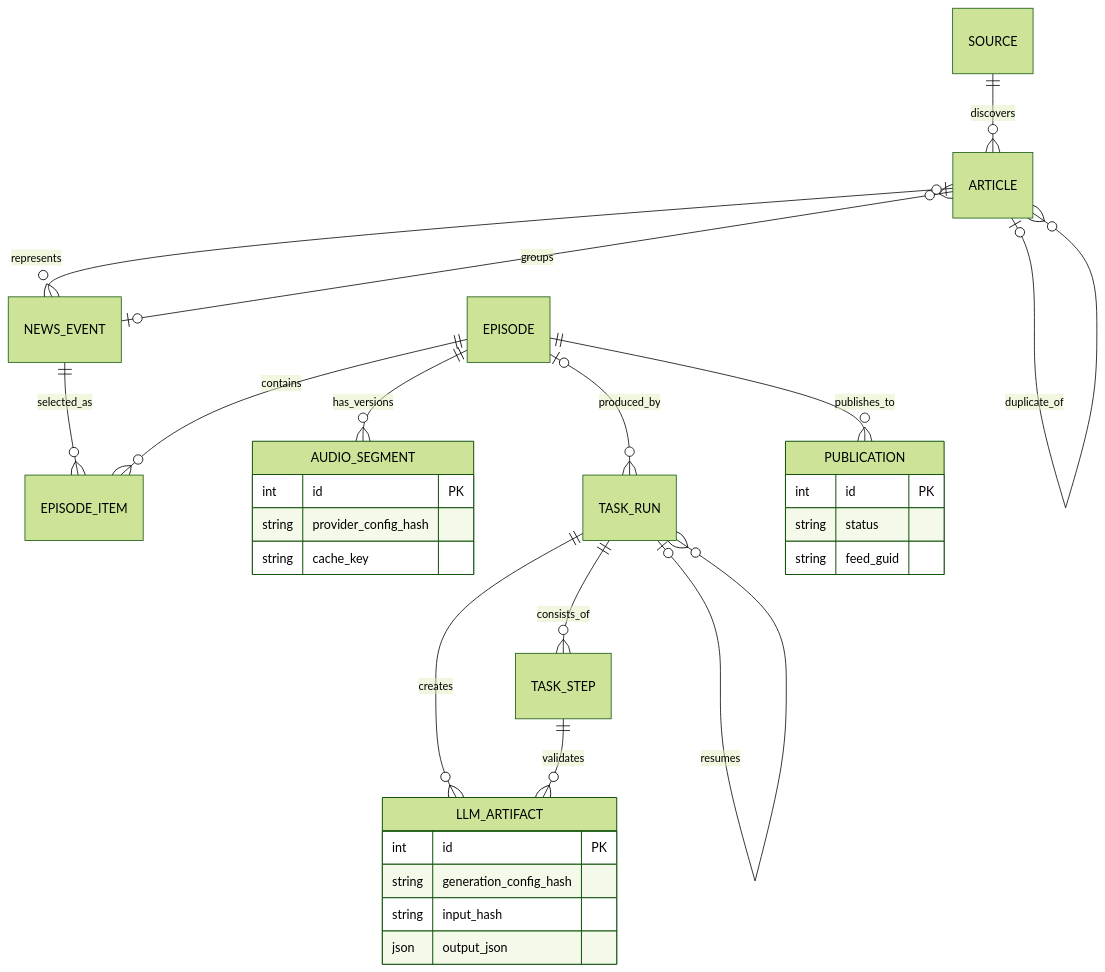
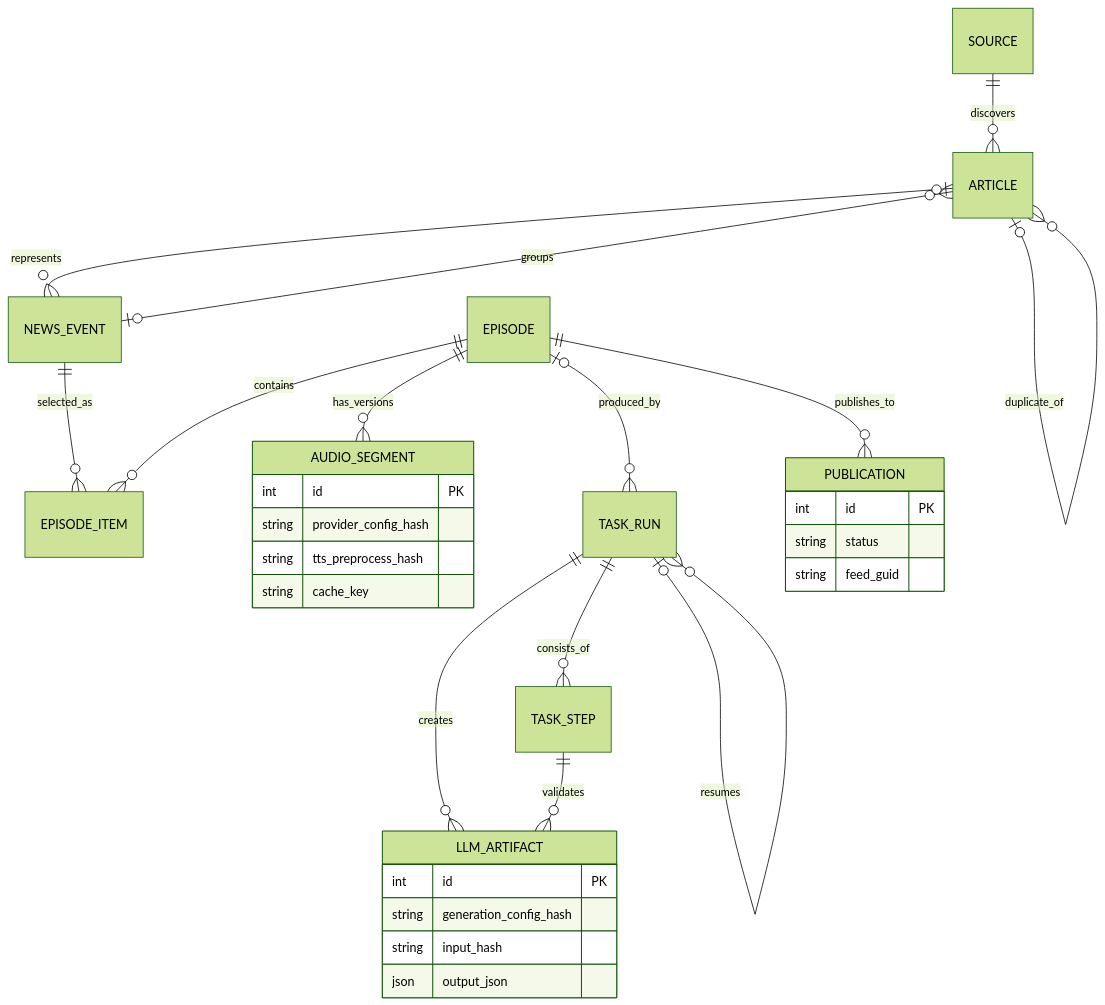
The diagram in docs/data-model.md (leisun123/daily_cast), drawn with Mermaid (forest theme) before and after one commit. The commit also changed other lines of this file and 22 other files, not shown here.

````diff
--- a/docs/data-model.md
+++ b/docs/data-model.md
@@ -47,33 +47,34 @@
 ```mermaid
 erDiagram
     SOURCE ||--o{ ARTICLE : discovers
     ARTICLE o|--o{ ARTICLE : duplicate_of
     NEWS_EVENT o|--o{ ARTICLE : groups
     ARTICLE o|--o{ NEWS_EVENT : represents
     NEWS_EVENT ||--o{ EPISODE_ITEM : selected_as
     EPISODE ||--o{ EPISODE_ITEM : contains
     EPISODE ||--o{ AUDIO_SEGMENT : has_versions
     EPISODE o|--o{ TASK_RUN : produced_by
     TASK_RUN ||--o{ TASK_STEP : consists_of
     TASK_RUN o|--o{ TASK_RUN : resumes
     TASK_RUN ||--o{ LLM_ARTIFACT : creates
     TASK_STEP ||--o{ LLM_ARTIFACT : validates
     EPISODE ||--o{ PUBLICATION : publishes_to
 
     LLM_ARTIFACT {
         int id PK
         string generation_config_hash
         string input_hash
         json output_json
     }
     AUDIO_SEGMENT {
         int id PK
         string provider_config_hash
+        string tts_preprocess_hash
         string cache_key
     }
     PUBLICATION {
         int id PK
         string status
         string feed_guid
     }
 ```
````
